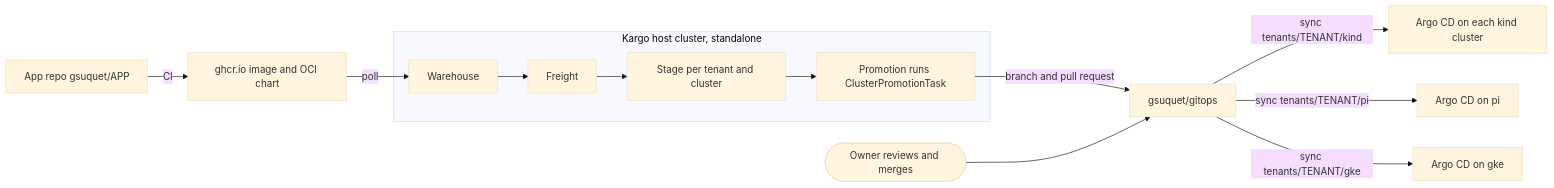
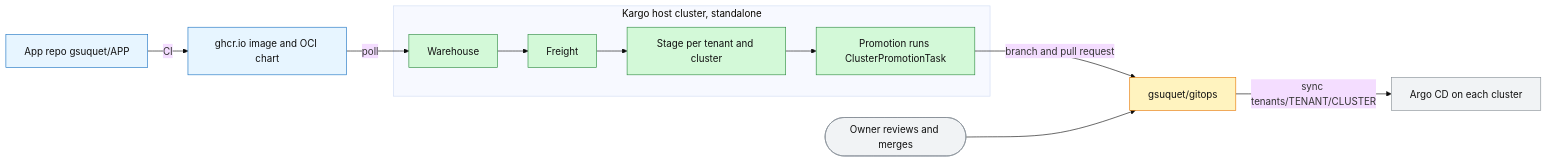
The diagram in docs/rfc/0021-tenant-promotion-with-kargo.md (gsuquet/infra), drawn with Mermaid (base theme) before and after one commit. The commit also changed other lines of this file and 5 other files, not shown here.

````diff
--- a/docs/rfc/0021-tenant-promotion-with-kargo.md
+++ b/docs/rfc/0021-tenant-promotion-with-kargo.md
@@ -139,14 +129,16 @@
 ```mermaid
 flowchart LR
-    app["App repo gsuquet/APP"] -->|CI| ghcr["ghcr.io image and OCI chart"]
+    app["App repo gsuquet/APP"]:::external -->|CI| ghcr["ghcr.io image and OCI chart"]:::external
     subgraph host["Kargo host cluster, standalone"]
-        wh["Warehouse"] --> fr["Freight"] --> st["Stage per tenant and cluster"]
-        st --> pm["Promotion runs ClusterPromotionTask"]
+        wh["Warehouse"]:::new --> fr["Freight"]:::new --> st["Stage per tenant and cluster"]:::new
+        st --> pm["Promotion runs ClusterPromotionTask"]:::new
     end
     ghcr -->|poll| wh
-    pm -->|branch and pull request| gitops["gsuquet/gitops"]
-    owner(["Owner reviews and merges"]) --> gitops
-    gitops -->|sync tenants/TENANT/kind| ak["Argo CD on each kind cluster"]
-    gitops -->|sync tenants/TENANT/pi| ap["Argo CD on pi"]
-    gitops -->|sync tenants/TENANT/gke| ag["Argo CD on gke"]
+    pm -->|branch and pull request| gitops["gsuquet/gitops"]:::changed
+    owner(["Owner reviews and merges"]):::unchanged --> gitops
+    gitops -->|sync tenants/TENANT/CLUSTER| argo["Argo CD on each cluster"]:::unchanged
+    classDef new fill:#d3f9d8,stroke:#2b8a3e,color:#111
+    classDef changed fill:#fff3bf,stroke:#e67700,color:#111
+    classDef unchanged fill:#f1f3f5,stroke:#868e96,color:#111
+    classDef external fill:#e7f5ff,stroke:#1971c2,color:#111
 ```
````
